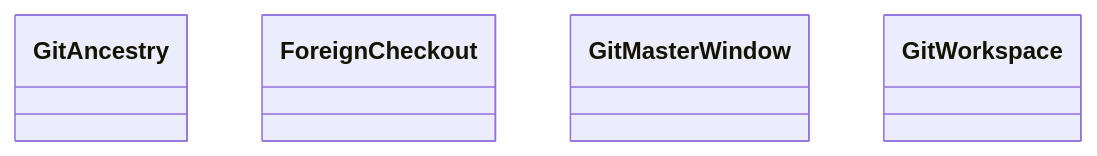
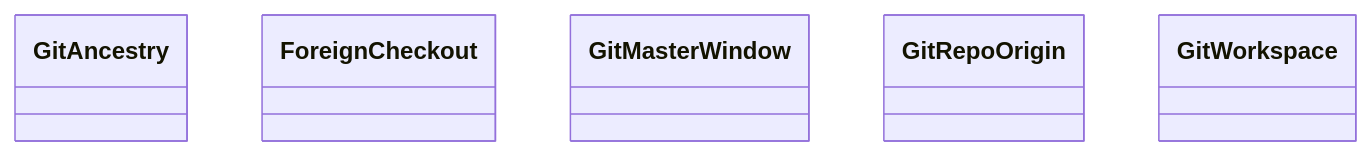
Before and after one commit to GonzaloZevallos/agentic-system: the diagram in docs/architecture/generated/classes-process-adapters-git.md, drawn with Mermaid. The commit also changed 6 other files, not shown here.

Commit message:
Regenerate the architecture docs for RepoOrigin, GitRepoOrigin and the notify carry

````diff
--- a/docs/architecture/generated/classes-process-adapters-git.md
+++ b/docs/architecture/generated/classes-process-adapters-git.md
@@ -13,7 +13,8 @@
 ```mermaid
 classDiagram
     class git__ancestry__GitAncestry["GitAncestry"]
     class git__guard__ForeignCheckout["ForeignCheckout"]
     class git__master_window__GitMasterWindow["GitMasterWindow"]
+    class git__workspace__GitRepoOrigin["GitRepoOrigin"]
     class git__workspace__GitWorkspace["GitWorkspace"]
 ```
````
